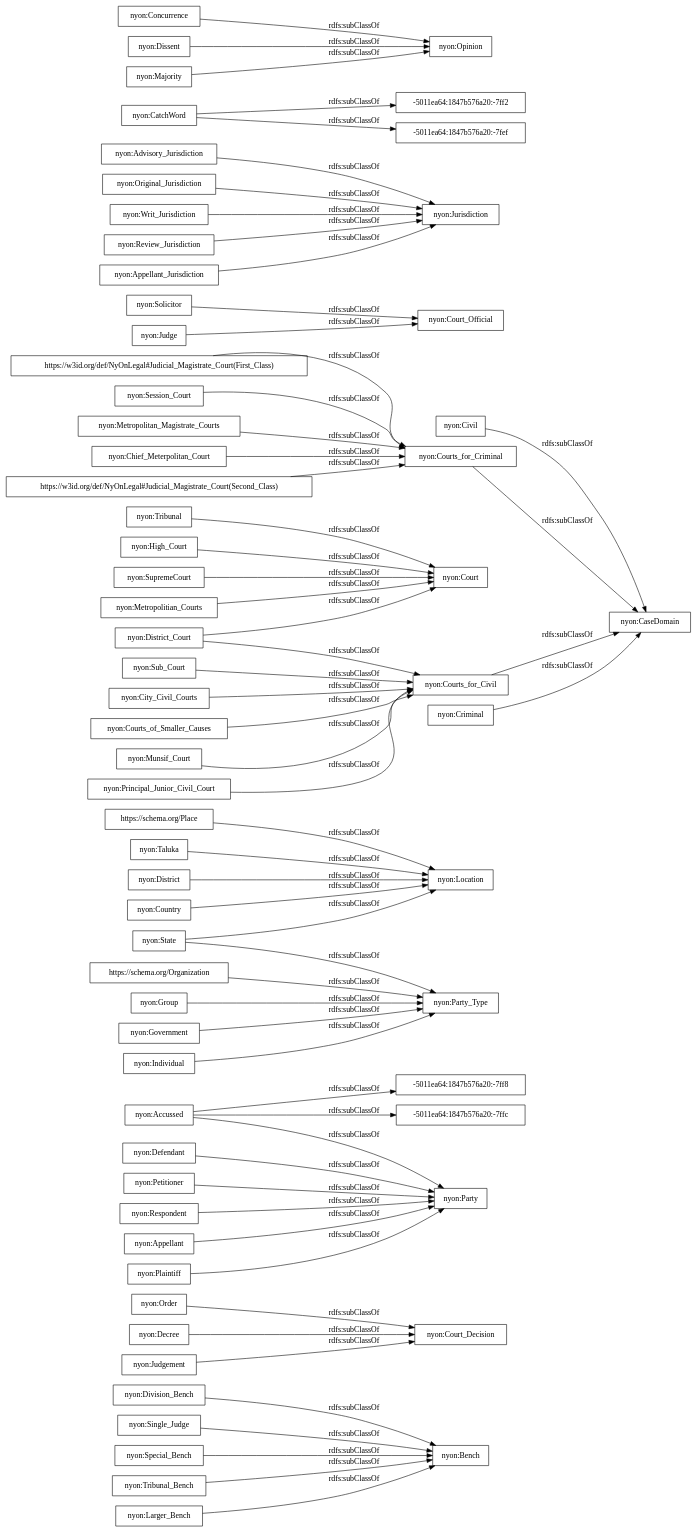
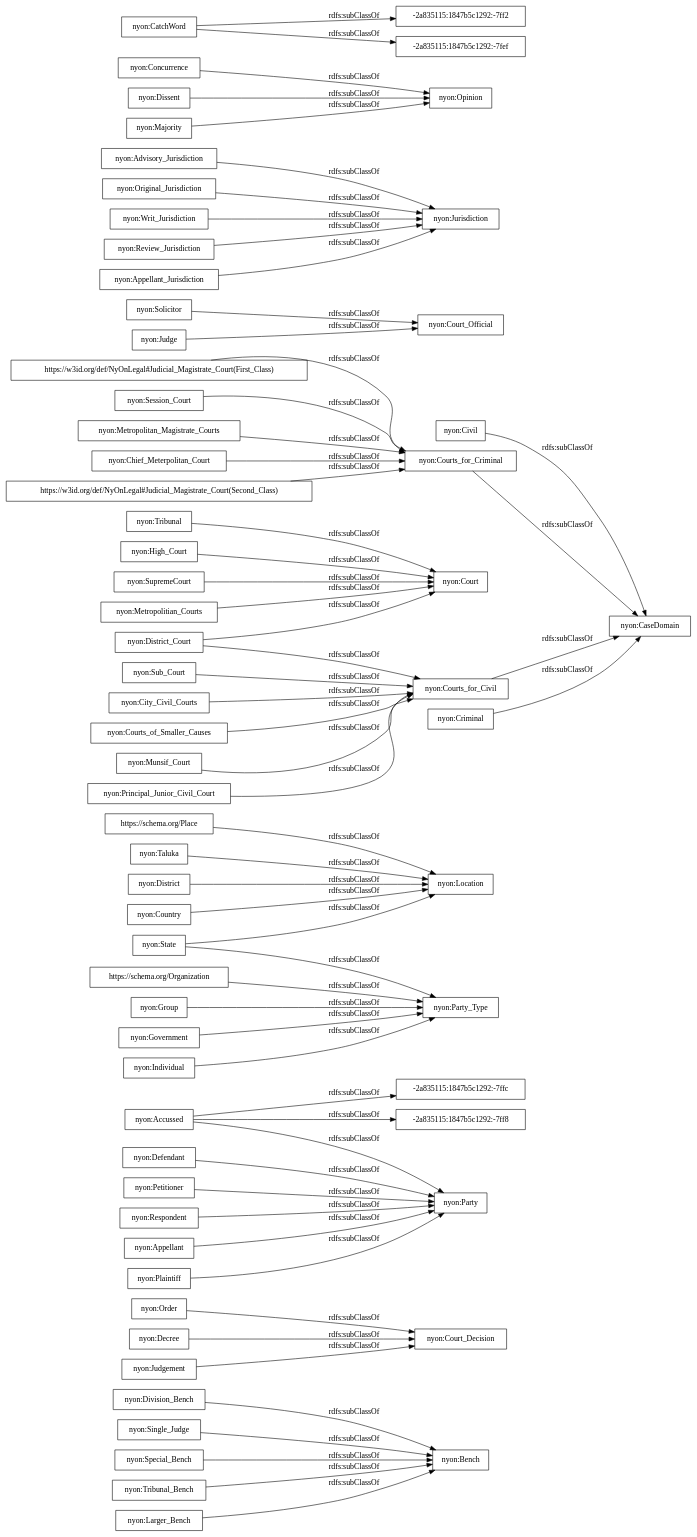
One commit to ahmad88me/NyOn changed the diagram in OnToology/NyOn.owl/diagrams/ar2dtool-taxonomy/NyOn.owl.png.dot. Above: the diagram before and after it, drawn with Graphviz. The commit also changed 6 other files, not shown here.

```diff
--- a/OnToology/NyOn.owl/diagrams/ar2dtool-taxonomy/NyOn.owl.png.dot
+++ b/OnToology/NyOn.owl/diagrams/ar2dtool-taxonomy/NyOn.owl.png.dot
@@ -1,64 +1,64 @@
 digraph ar2dtool_diagram { 
 rankdir=LR;
 size="1000"
-node [shape = rectangle, color="black"]; "nyon:Division_Bench" "nyon:Order" "nyon:Decree" "nyon:Bench" "nyon:Party" "nyon:Court_Decision" "nyon:Defendant" "https://schema.org/Place" "nyon:Accussed" "nyon:Civil" "nyon:Taluka" "nyon:Principal_Junior_Civil_Court" "nyon:Solicitor" "nyon:Advisory_Jurisdiction" "nyon:Single_Judge" "nyon:Session_Court" "nyon:Metropolitan_Magistrate_Courts" "nyon:District_Court" "nyon:Chief_Meterpolitan_Court" "nyon:Original_Jurisdiction" "nyon:Court_Official" "nyon:Court" "nyon:High_Court" "https://w3id.org/def/NyOnLegal#Judicial_Magistrate_Court(Second_Class)" "nyon:State" "-5011ea64:1847b576a20:-7ff2" "nyon:Concurrence" "nyon:Courts_for_Criminal" "nyon:Courts_for_Civil" "nyon:Writ_Jurisdiction" "nyon:Location" "nyon:District" "nyon:Review_Jurisdiction" "nyon:City_Civil_Courts" "nyon:Appellant_Jurisdiction" "nyon:SupremeCourt" "nyon:Special_Bench" "nyon:Individual" "nyon:Opinion" "nyon:Judge" "-5011ea64:1847b576a20:-7fef" "nyon:Courts_of_Smaller_Causes" "nyon:Judgement" "-5011ea64:1847b576a20:-7ffc" "-5011ea64:1847b576a20:-7ff8" "nyon:Tribunal_Bench" "nyon:Jurisdiction" "https://schema.org/Organization" "nyon:Metropolitian_Courts" "nyon:Criminal" "nyon:Group" "nyon:Appellant" "nyon:Munsif_Court" "nyon:CatchWord" "nyon:Dissent" "nyon:Party_Type" "nyon:Plaintiff" "nyon:Country" "nyon:Tribunal" "nyon:Majority" "nyon:Petitioner" "nyon:CaseDomain" "nyon:Sub_Court" "nyon:Larger_Bench" "https://w3id.org/def/NyOnLegal#Judicial_Magistrate_Court(First_Class)" "nyon:Respondent" "nyon:Government" ; /*classes style*/
+node [shape = rectangle, color="black"]; "nyon:Division_Bench" "nyon:Order" "nyon:Decree" "nyon:Bench" "nyon:Party" "nyon:Court_Decision" "nyon:Defendant" "https://schema.org/Place" "nyon:Accussed" "nyon:Civil" "nyon:Taluka" "nyon:Principal_Junior_Civil_Court" "nyon:Solicitor" "nyon:Advisory_Jurisdiction" "nyon:Single_Judge" "nyon:Session_Court" "nyon:Metropolitan_Magistrate_Courts" "nyon:District_Court" "nyon:Chief_Meterpolitan_Court" "nyon:Original_Jurisdiction" "nyon:Court_Official" "nyon:Court" "-2a835115:1847b5c1292:-7ff8" "nyon:High_Court" "https://w3id.org/def/NyOnLegal#Judicial_Magistrate_Court(Second_Class)" "nyon:State" "nyon:Concurrence" "nyon:Courts_for_Criminal" "nyon:Courts_for_Civil" "nyon:Writ_Jurisdiction" "nyon:Location" "nyon:District" "-2a835115:1847b5c1292:-7ff2" "nyon:Review_Jurisdiction" "nyon:City_Civil_Courts" "-2a835115:1847b5c1292:-7fef" "nyon:Appellant_Jurisdiction" "nyon:SupremeCourt" "nyon:Special_Bench" "nyon:Individual" "nyon:Opinion" "nyon:Judge" "nyon:Courts_of_Smaller_Causes" "nyon:Judgement" "nyon:Tribunal_Bench" "nyon:Jurisdiction" "-2a835115:1847b5c1292:-7ffc" "https://schema.org/Organization" "nyon:Metropolitian_Courts" "nyon:Criminal" "nyon:Group" "nyon:Appellant" "nyon:Munsif_Court" "nyon:CatchWord" "nyon:Dissent" "nyon:Party_Type" "nyon:Plaintiff" "nyon:Country" "nyon:Tribunal" "nyon:Majority" "nyon:Petitioner" "nyon:CaseDomain" "nyon:Sub_Court" "nyon:Larger_Bench" "https://w3id.org/def/NyOnLegal#Judicial_Magistrate_Court(First_Class)" "nyon:Respondent" "nyon:Government" ; /*classes style*/
 	"nyon:Writ_Jurisdiction" -> "nyon:Jurisdiction" [ label = "rdfs:subClassOf" ];
 	"nyon:Special_Bench" -> "nyon:Bench" [ label = "rdfs:subClassOf" ];
 	"https://schema.org/Place" -> "nyon:Location" [ label = "rdfs:subClassOf" ];
 	"nyon:Judge" -> "nyon:Court_Official" [ label = "rdfs:subClassOf" ];
 	"nyon:Petitioner" -> "nyon:Party" [ label = "rdfs:subClassOf" ];
 	"nyon:Original_Jurisdiction" -> "nyon:Jurisdiction" [ label = "rdfs:subClassOf" ];
 	"nyon:Appellant" -> "nyon:Party" [ label = "rdfs:subClassOf" ];
 	"nyon:Order" -> "nyon:Court_Decision" [ label = "rdfs:subClassOf" ];
 	"nyon:Review_Jurisdiction" -> "nyon:Jurisdiction" [ label = "rdfs:subClassOf" ];
 	"https://schema.org/Organization" -> "nyon:Party_Type" [ label = "rdfs:subClassOf" ];
 	"nyon:District_Court" -> "nyon:Courts_for_Civil" [ label = "rdfs:subClassOf" ];
 	"nyon:District_Court" -> "nyon:Court" [ label = "rdfs:subClassOf" ];
 	"nyon:Metropolitian_Courts" -> "nyon:Court" [ label = "rdfs:subClassOf" ];
 	"nyon:Munsif_Court" -> "nyon:Courts_for_Civil" [ label = "rdfs:subClassOf" ];
 	"nyon:Respondent" -> "nyon:Party" [ label = "rdfs:subClassOf" ];
 	"nyon:Chief_Meterpolitan_Court" -> "nyon:Courts_for_Criminal" [ label = "rdfs:subClassOf" ];
 	"nyon:Session_Court" -> "nyon:Courts_for_Criminal" [ label = "rdfs:subClassOf" ];
 	"nyon:Majority" -> "nyon:Opinion" [ label = "rdfs:subClassOf" ];
 	"nyon:SupremeCourt" -> "nyon:Court" [ label = "rdfs:subClassOf" ];
 	"nyon:Larger_Bench" -> "nyon:Bench" [ label = "rdfs:subClassOf" ];
 	"nyon:Single_Judge" -> "nyon:Bench" [ label = "rdfs:subClassOf" ];
 	"nyon:Dissent" -> "nyon:Opinion" [ label = "rdfs:subClassOf" ];
 	"nyon:Government" -> "nyon:Party_Type" [ label = "rdfs:subClassOf" ];
 	"nyon:City_Civil_Courts" -> "nyon:Courts_for_Civil" [ label = "rdfs:subClassOf" ];
 	"nyon:District" -> "nyon:Location" [ label = "rdfs:subClassOf" ];
 	"nyon:Decree" -> "nyon:Court_Decision" [ label = "rdfs:subClassOf" ];
 	"nyon:High_Court" -> "nyon:Court" [ label = "rdfs:subClassOf" ];
 	"nyon:Courts_for_Civil" -> "nyon:CaseDomain" [ label = "rdfs:subClassOf" ];
 	"nyon:Sub_Court" -> "nyon:Courts_for_Civil" [ label = "rdfs:subClassOf" ];
 	"nyon:Civil" -> "nyon:CaseDomain" [ label = "rdfs:subClassOf" ];
 	"nyon:Plaintiff" -> "nyon:Party" [ label = "rdfs:subClassOf" ];
 	"nyon:State" -> "nyon:Party_Type" [ label = "rdfs:subClassOf" ];
 	"nyon:State" -> "nyon:Location" [ label = "rdfs:subClassOf" ];
 	"nyon:Criminal" -> "nyon:CaseDomain" [ label = "rdfs:subClassOf" ];
 	"nyon:Principal_Junior_Civil_Court" -> "nyon:Courts_for_Civil" [ label = "rdfs:subClassOf" ];
 	"nyon:Tribunal" -> "nyon:Court" [ label = "rdfs:subClassOf" ];
 	"https://w3id.org/def/NyOnLegal#Judicial_Magistrate_Court(Second_Class)" -> "nyon:Courts_for_Criminal" [ label = "rdfs:subClassOf" ];
 	"nyon:Courts_for_Criminal" -> "nyon:CaseDomain" [ label = "rdfs:subClassOf" ];
 	"nyon:Concurrence" -> "nyon:Opinion" [ label = "rdfs:subClassOf" ];
-	"nyon:CatchWord" -> "-5011ea64:1847b576a20:-7fef" [ label = "rdfs:subClassOf" ];
-	"nyon:CatchWord" -> "-5011ea64:1847b576a20:-7ff2" [ label = "rdfs:subClassOf" ];
+	"nyon:CatchWord" -> "-2a835115:1847b5c1292:-7fef" [ label = "rdfs:subClassOf" ];
+	"nyon:CatchWord" -> "-2a835115:1847b5c1292:-7ff2" [ label = "rdfs:subClassOf" ];
 	"nyon:Solicitor" -> "nyon:Court_Official" [ label = "rdfs:subClassOf" ];
 	"nyon:Courts_of_Smaller_Causes" -> "nyon:Courts_for_Civil" [ label = "rdfs:subClassOf" ];
 	"nyon:Defendant" -> "nyon:Party" [ label = "rdfs:subClassOf" ];
-	"nyon:Accussed" -> "-5011ea64:1847b576a20:-7ff8" [ label = "rdfs:subClassOf" ];
-	"nyon:Accussed" -> "-5011ea64:1847b576a20:-7ffc" [ label = "rdfs:subClassOf" ];
+	"nyon:Accussed" -> "-2a835115:1847b5c1292:-7ff8" [ label = "rdfs:subClassOf" ];
+	"nyon:Accussed" -> "-2a835115:1847b5c1292:-7ffc" [ label = "rdfs:subClassOf" ];
 	"nyon:Accussed" -> "nyon:Party" [ label = "rdfs:subClassOf" ];
 	"nyon:Group" -> "nyon:Party_Type" [ label = "rdfs:subClassOf" ];
 	"nyon:Country" -> "nyon:Location" [ label = "rdfs:subClassOf" ];
 	"nyon:Tribunal_Bench" -> "nyon:Bench" [ label = "rdfs:subClassOf" ];
 	"nyon:Taluka" -> "nyon:Location" [ label = "rdfs:subClassOf" ];
 	"nyon:Judgement" -> "nyon:Court_Decision" [ label = "rdfs:subClassOf" ];
 	"nyon:Division_Bench" -> "nyon:Bench" [ label = "rdfs:subClassOf" ];
 	"nyon:Advisory_Jurisdiction" -> "nyon:Jurisdiction" [ label = "rdfs:subClassOf" ];
 	"nyon:Metropolitan_Magistrate_Courts" -> "nyon:Courts_for_Criminal" [ label = "rdfs:subClassOf" ];
 	"nyon:Appellant_Jurisdiction" -> "nyon:Jurisdiction" [ label = "rdfs:subClassOf" ];
 	"nyon:Individual" -> "nyon:Party_Type" [ label = "rdfs:subClassOf" ];
 	"https://w3id.org/def/NyOnLegal#Judicial_Magistrate_Court(First_Class)" -> "nyon:Courts_for_Criminal" [ label = "rdfs:subClassOf" ];
 
 }
```
